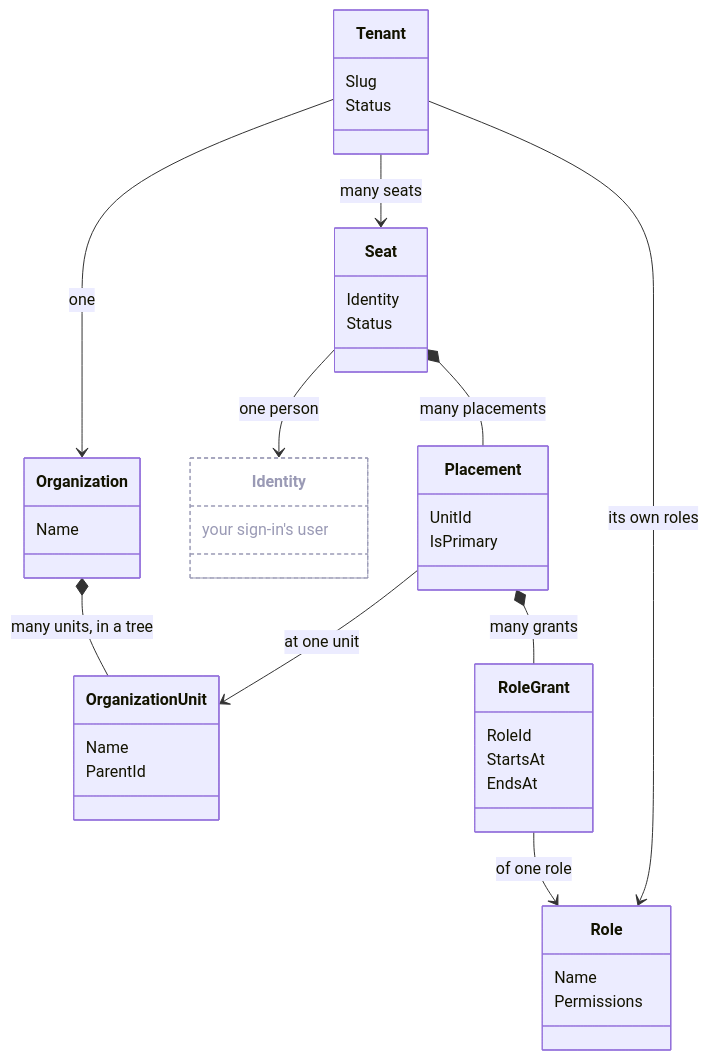
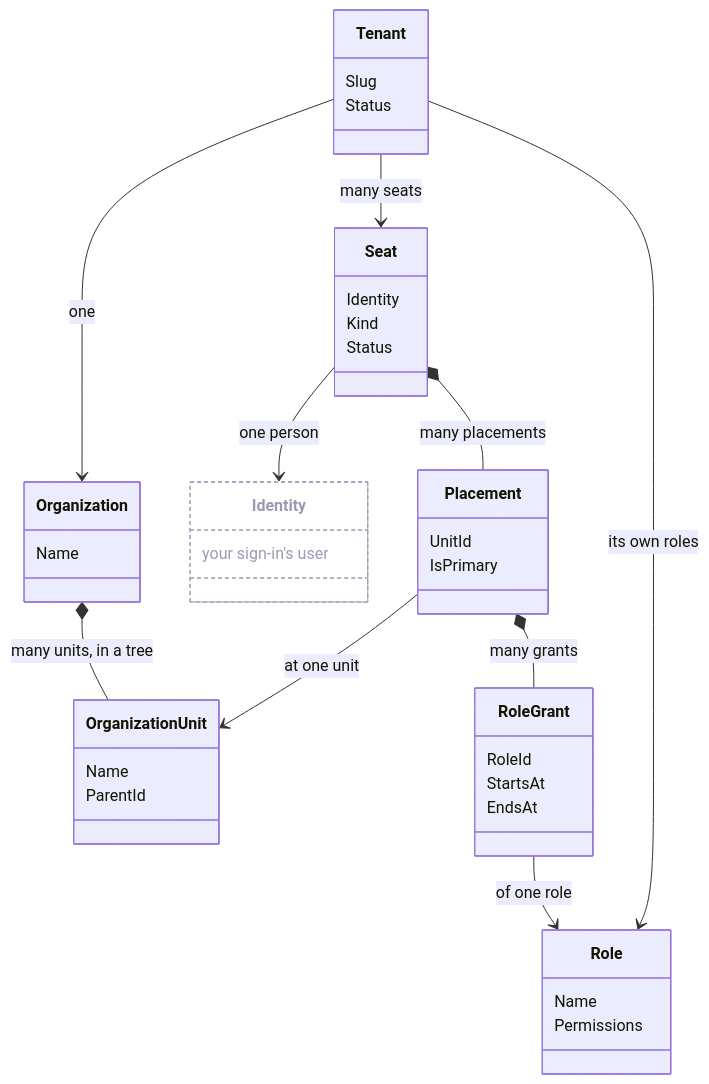
One commit to DylanSnel/DDDToolkit changed the first of 2 diagrams in docs/tenancy/overview.md. Above: the diagram before and after it, drawn with Mermaid. The commit also changed other lines of this file and 52 other files, not shown here.

````diff
--- a/docs/tenancy/overview.md
+++ b/docs/tenancy/overview.md
@@ -56,46 +57,47 @@
 ```mermaid
 classDiagram
     direction TB
     class Tenant {
         Slug
         Status
     }
     class Organization {
         Name
     }
     class OrganizationUnit {
         Name
         ParentId
     }
     class Identity {
         your sign-in's user
     }
     class Seat {
         Identity
+        Kind
         Status
     }
     class Placement {
         UnitId
         IsPrimary
     }
     class RoleGrant {
         RoleId
         StartsAt
         EndsAt
     }
     class Role {
         Name
         Permissions
     }
     Tenant --> Organization : one
     Organization *-- OrganizationUnit : many units, in a tree
     Tenant --> Seat : many seats
     Tenant --> Role : its own roles
     Seat --> Identity : one person
     Seat *-- Placement : many placements
     Placement --> OrganizationUnit : at one unit
     Placement *-- RoleGrant : many grants
     RoleGrant --> Role : of one role
     class Identity:::muted
     classDef muted fill:none,stroke:#9a9ab5,stroke-dasharray:4 3,color:#9a9ab5
 ```
````
